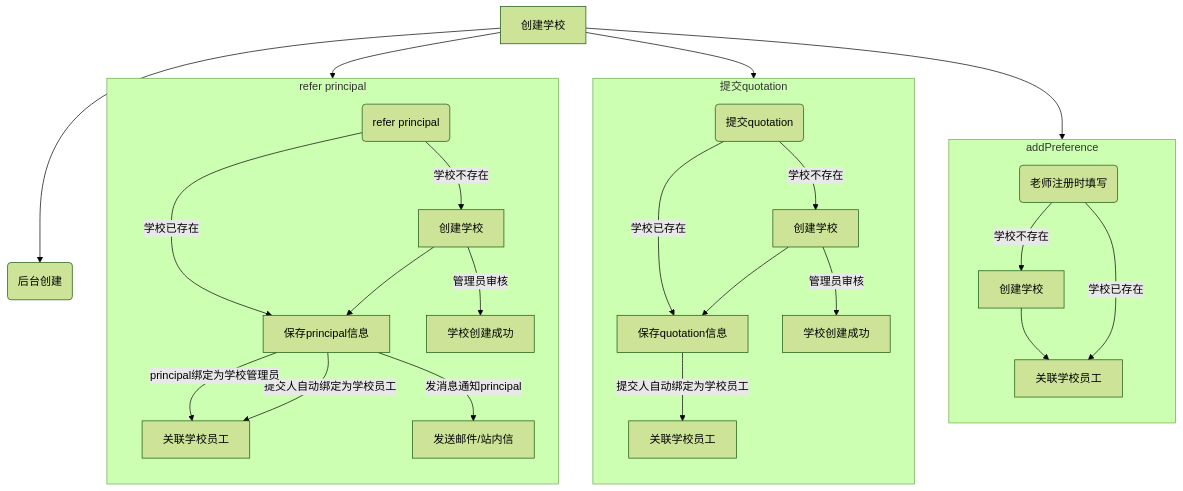
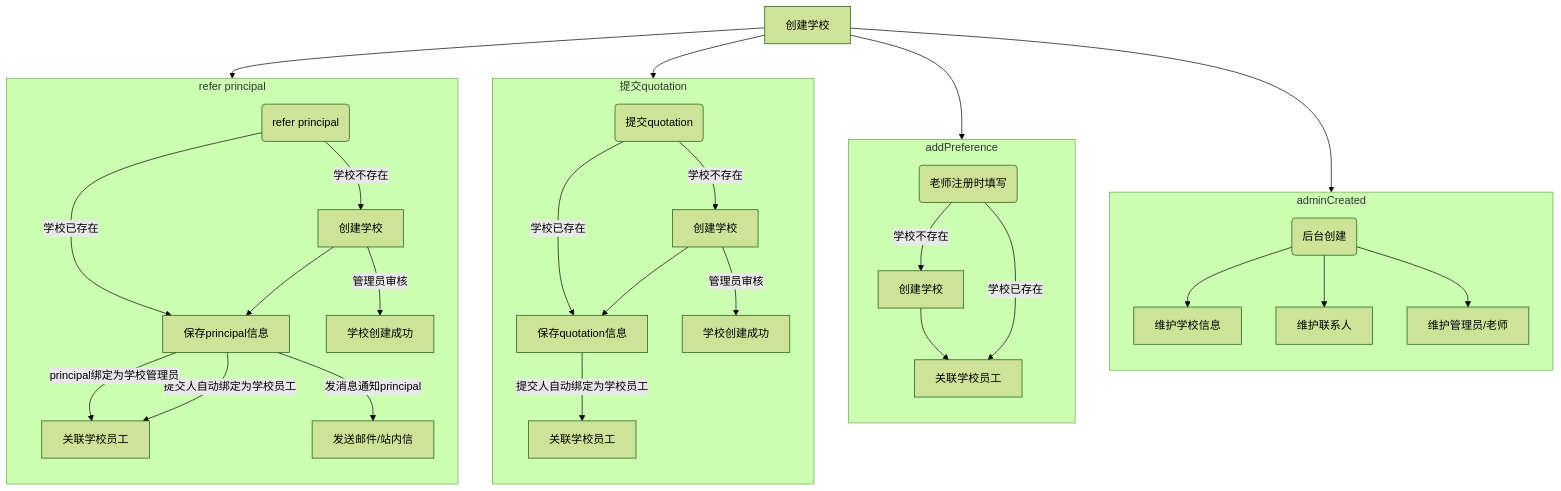
The first of 3 diagrams in main/schoolManage.md (zran-nz/doc), drawn with Mermaid (forest theme) before and after one commit. The commit also changed 3 other files, not shown here.

````diff
--- a/main/schoolManage.md
+++ b/main/schoolManage.md
@@ -3,34 +3,41 @@
 ```mermaid
 graph TD
 A[创建学校] --> A1(后台创建)
 A --> A2(老师注册时填写)
 A --> A3(提交quotation)
 A --> A4(refer principal)
+
+  subgraph adminCreated
+    direction TB
+    A1 --> A1_1[维护学校信息]
+    A1 --> A1_2[维护联系人]
+    A1 --> A1_3[维护管理员/老师]
+  end
 
   subgraph addPreference
     direction TB
     A2 -->|学校不存在| A2_1[创建学校] 
     A2_1 --> A2_B[关联学校员工]
     A2 -->|学校已存在| A2_B
   end
 
   subgraph 提交quotation
     direction TB
     A3 -->|学校不存在| A3_1[创建学校] 
     A3_1 --> A3_B[保存quotation信息]
     A3 -->|学校已存在| A3_B
     A3_B -->|提交人自动绑定为学校员工| A3_C[关联学校员工]
     A3_1 --> |管理员审核| A3_D[学校创建成功]
   end
   
   subgraph refer principal
     direction TB
     A4 -->|学校不存在| A4_1[创建学校] 
     A4_1 --> A4_B[保存principal信息]
     A4 -->|学校已存在| A4_B
     A4_B -->|提交人自动绑定为学校员工| A4_C[关联学校员工]
     A4_B -->|principal绑定为学校管理员| A4_C[关联学校员工]
     A4_B -->|发消息通知principal| A4_D[发送邮件/站内信]
     A4_1 --> |管理员审核| A4_E[学校创建成功]
   end
 ```
````
